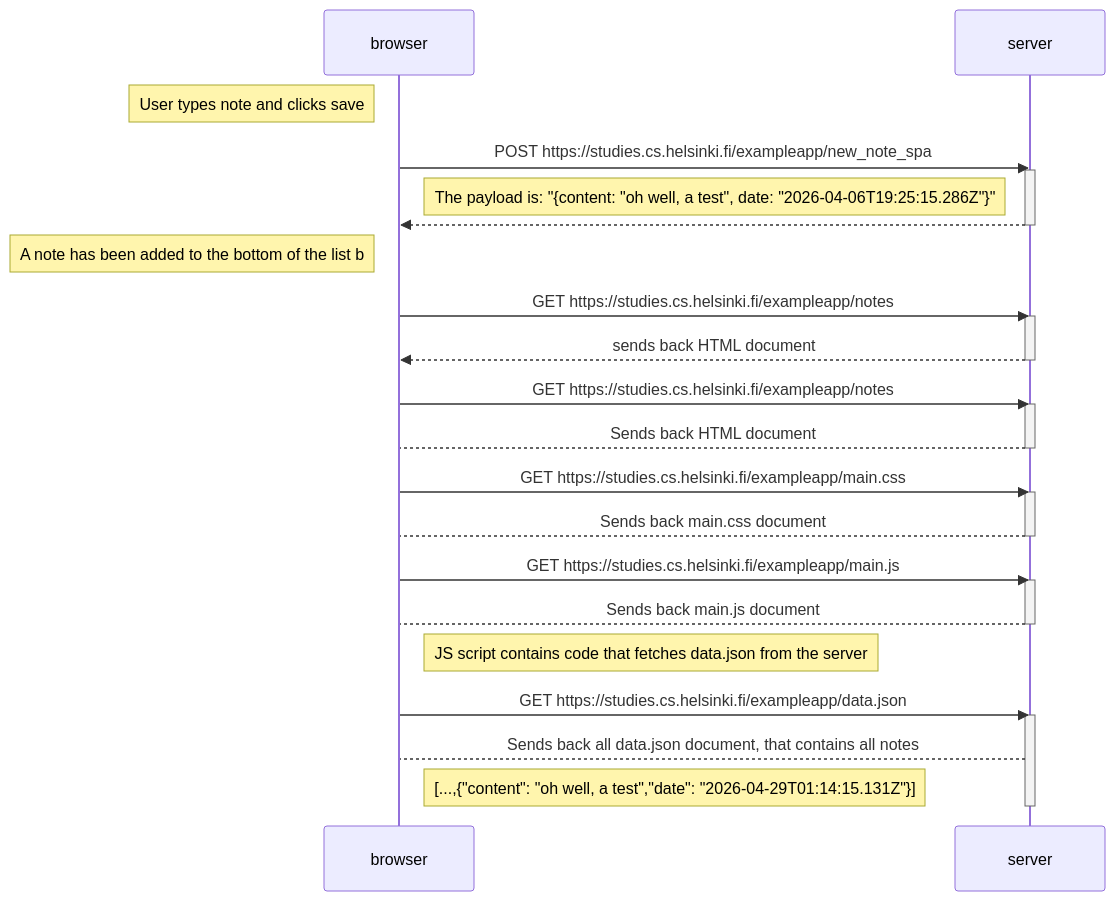
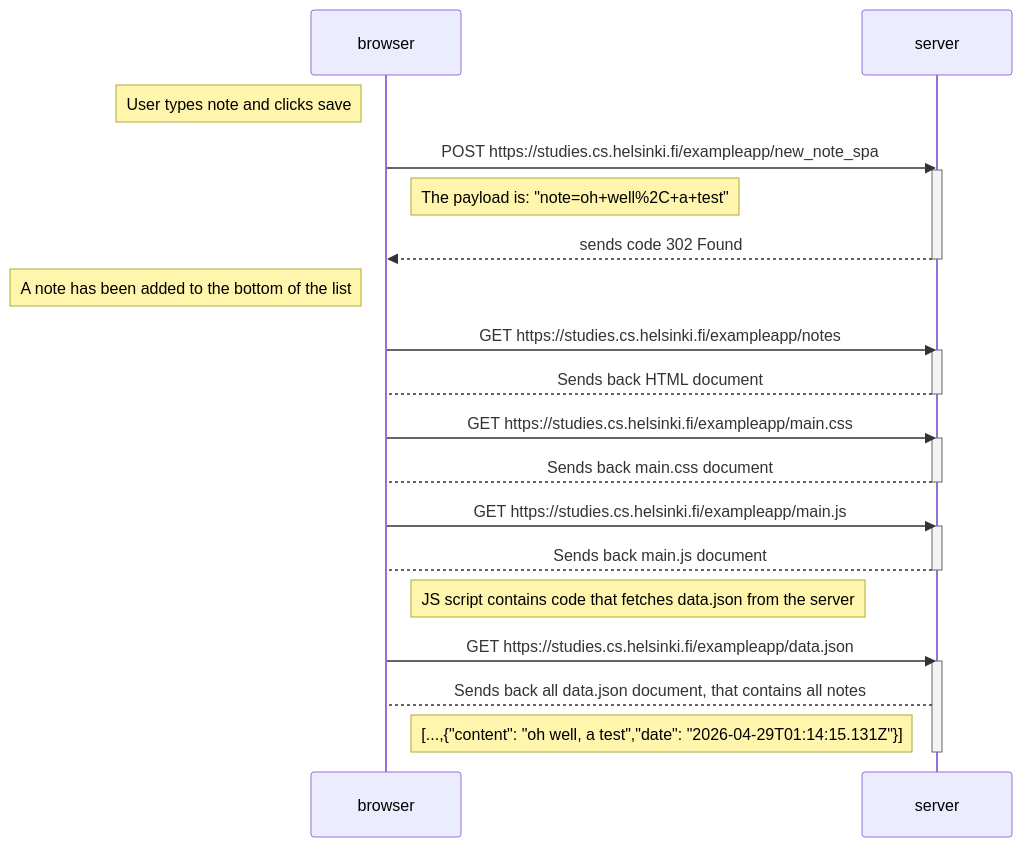
One commit to nesquivel-dev/-Full-Stack-Open-part-0 changed the diagram in exercise_4.md. Above: the diagram before and after it, drawn with Mermaid.

Commit message:
Final version of exercise 4

````diff
--- a/exercise_4.md
+++ b/exercise_4.md
@@ -1,44 +1,39 @@
 ```mermaid
 sequenceDiagram
     participant browser
     participant server
 
 
 
 
     Note left of browser: User types note and clicks save
     browser->>server: POST https://studies.cs.helsinki.fi/exampleapp/new_note_spa
     activate server
-    Note right of browser: The payload is: "{content: "oh well, a test", date: "2026-04-06T19:25:15.286Z"}"
-    server-->>browser: 
+    Note right of browser: The payload is: "note=oh+well%2C+a+test"
+    server-->>browser: sends code 302 Found
     deactivate server
-    Note left of browser: A note has been added to the bottom of the list b
-   
-    browser->>server: GET https://studies.cs.helsinki.fi/exampleapp/notes
-    activate server
-    server-->>browser: sends back HTML document
-    deactivate server
+    Note left of browser: A note has been added to the bottom of the list
 
     browser->>server: GET https://studies.cs.helsinki.fi/exampleapp/notes
     activate server
     server-->browser: Sends back HTML document
     deactivate server
 
     browser->>server: GET https://studies.cs.helsinki.fi/exampleapp/main.css
     activate server
     server-->browser: Sends back main.css document
     deactivate server
 
     browser->>server: GET https://studies.cs.helsinki.fi/exampleapp/main.js
     activate server
     server-->browser: Sends back main.js document
     deactivate server
     Note right of browser: JS script contains code that fetches data.json from the server
     browser->>server: GET https://studies.cs.helsinki.fi/exampleapp/data.json
     activate server 
 
     server-->browser: Sends back all data.json document, that contains all notes
     Note right of browser: [...,{"content": "oh well, a test","date": "2026-04-29T01:14:15.131Z"}]
     deactivate server
 
 ```
````
